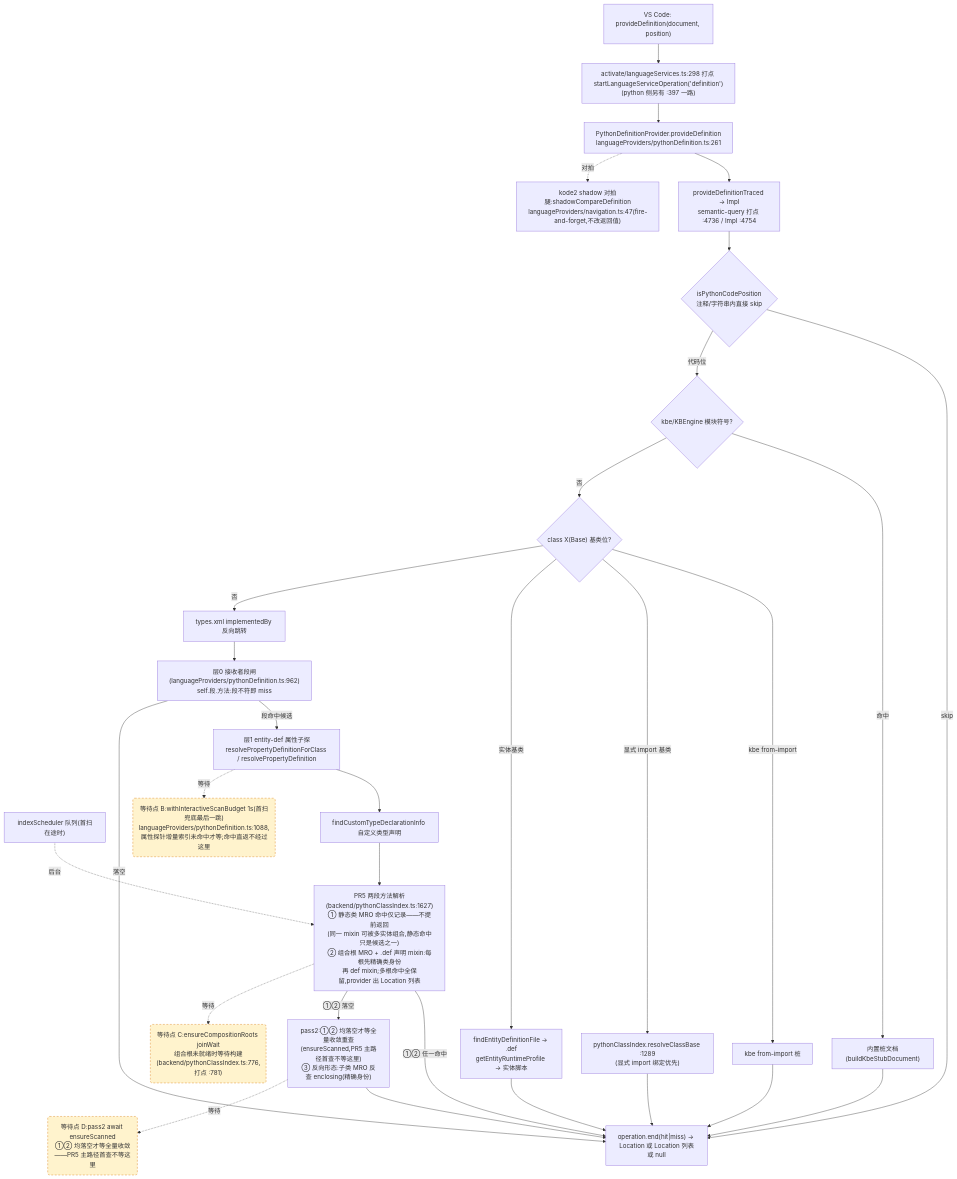
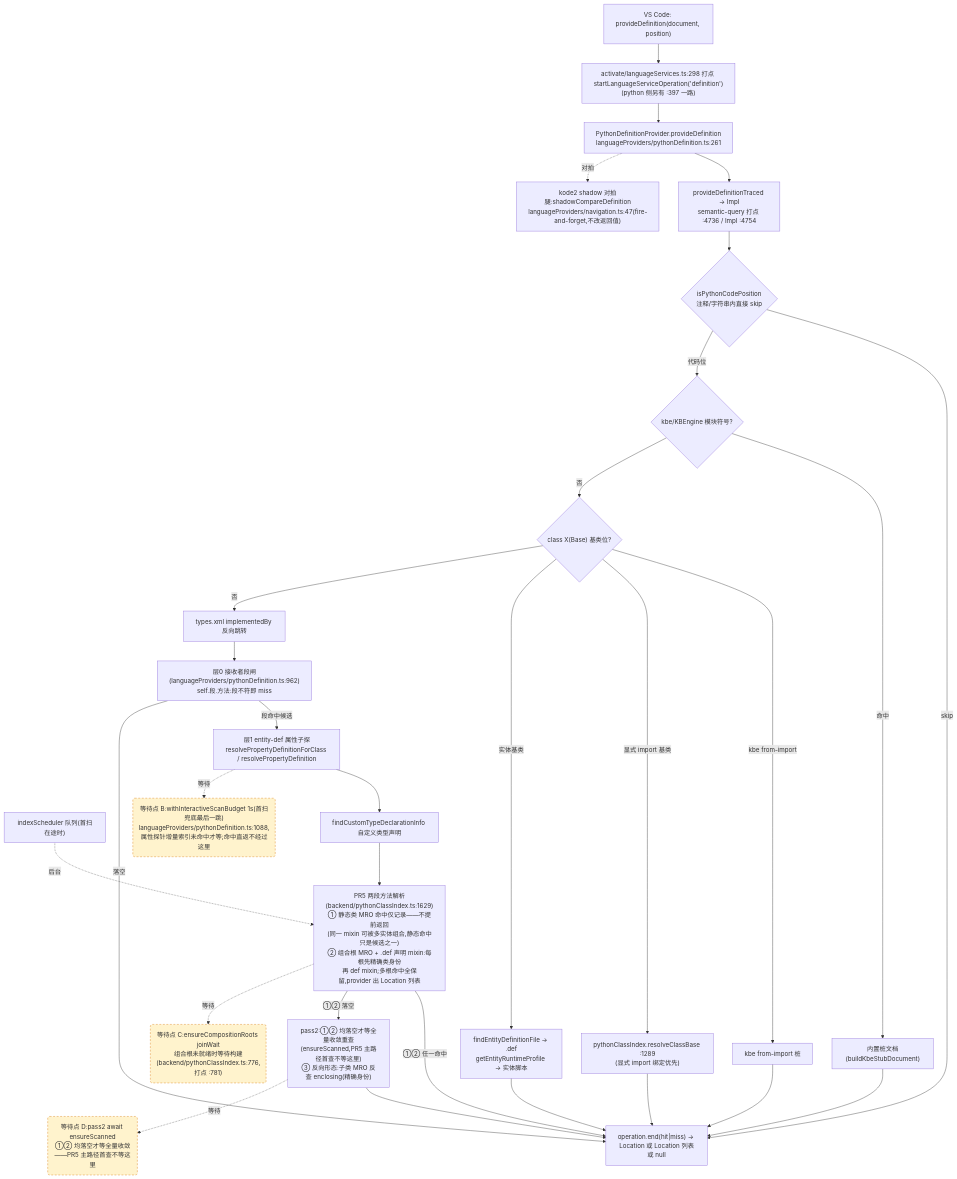
One commit to cuihairu/kode changed the second of 4 diagrams in docs/perf/2026-baseline.md. Above: the diagram before and after it, drawn with Mermaid. The commit also changed other lines of this file and 7 other files, not shown here.

````diff
--- a/docs/perf/2026-baseline.md
+++ b/docs/perf/2026-baseline.md
@@ -153,51 +154,51 @@
 ```mermaid
 flowchart TD
   VC2["VS Code: provideDefinition(document, position)"]
   M2["activate/languageServices.ts:298 打点 startLanguageServiceOperation('definition')<br/>(python 侧另有 :397 一路)"]
   AD2["PythonDefinitionProvider.provideDefinition<br/>languageProviders/pythonDefinition.ts:261"]
   TR["provideDefinitionTraced → Impl<br/>semantic-query 打点 :4736 / Impl :4754"]
   CTX{"isPythonCodePosition<br/>注释/字符串内直接 skip"}
   KBE{"kbe/KBEngine 模块符号?"}
   STUB["内置桩文档(buildKbeStubDocument)"]
   CB{"class X(Base) 基类位?"}
   CB1["kbe from-import 桩"]
   CB2["pythonClassIndex.resolveClassBase :1289<br/>(显式 import 绑定优先)"]
   CB3["findEntityDefinitionFile → .def<br/>getEntityRuntimeProfile → 实体脚本"]
   REV["types.xml implementedBy 反向跳转"]
   L0["层0 接收者段闸(languageProviders/pythonDefinition.ts:962)<br/>self.段.方法:段不符即 miss"]
   L1["层1 entity-def 属性子探<br/>resolvePropertyDefinitionForClass / resolvePropertyDefinition"]
   SCAN["indexScheduler 队列(首扫在途时)"]
   TY["findCustomTypeDeclarationInfo 自定义类型声明"]
-  MRO["PR5 两段方法解析(backend/pythonClassIndex.ts:1627)<br/>① 静态类 MRO 命中仅记录——不提前返回<br/>(同一 mixin 可被多实体组合,静态命中只是候选之一)<br/>② 组合根 MRO + .def 声明 mixin:每根先精确类身份<br/>再 def mixin;多根命中全保留,provider 出 Location 列表"]
+  MRO["PR5 两段方法解析(backend/pythonClassIndex.ts:1629)<br/>① 静态类 MRO 命中仅记录——不提前返回<br/>(同一 mixin 可被多实体组合,静态命中只是候选之一)<br/>② 组合根 MRO + .def 声明 mixin:每根先精确类身份<br/>再 def mixin;多根命中全保留,provider 出 Location 列表"]
   PASS2["pass2:①② 均落空才等全量收敛重查<br/>(ensureScanned,PR5 主路径首查不等这里)<br/>③ 反向形态:子类 MRO 反查 enclosing(精确身份)"]
   SHD["kode2 shadow 对拍腿:shadowCompareDefinition<br/>languageProviders/navigation.ts:47(fire-and-forget,不改返回值)"]
   END2["operation.end(hit|miss) → Location 或 Location 列表或 null"]
 
   VC2 --> M2 --> AD2 --> TR --> CTX
   CTX -- "skip" --> END2
   CTX -- "代码位" --> KBE
   KBE -- "命中" --> STUB --> END2
   KBE -- "否" --> CB
   CB -- "kbe from-import" --> CB1 --> END2
   CB -- "显式 import 基类" --> CB2 --> END2
   CB -- "实体基类" --> CB3 --> END2
   CB -- "否" --> REV --> L0
   L0 -- "段命中候选" --> L1
   L0 -- "落空" --> END2
   L1 --> TY
   TY --> MRO
   MRO -- "①② 任一命中" --> END2
   MRO -- "①② 落空" --> PASS2 --> END2
   AD2 -.->|对拍| SHD
 
   WAITB("等待点 B:withInteractiveScanBudget 1s(首扫兜底最后一跳)<br/>languageProviders/pythonDefinition.ts:1088,属性探针增量索引未命中才等;命中直返不经过这里")
   WAITC("等待点 C:ensureCompositionRoots joinWait<br/>组合根未就绪时等待构建(backend/pythonClassIndex.ts:776,打点 :781)")
   WAITD("等待点 D:pass2 await ensureScanned<br/>①② 均落空才等全量收敛——PR5 主路径首查不等这里")
   L1 -.->|等待| WAITB
   MRO -.->|等待| WAITC
   PASS2 -.->|等待| WAITD
   SCAN -.->|后台| MRO
 
   classDef waitPoint fill:#fff3cd,stroke:#d97706,stroke-dasharray:5 4;
   class WAITB,WAITC,WAITD waitPoint;
 ```
````
